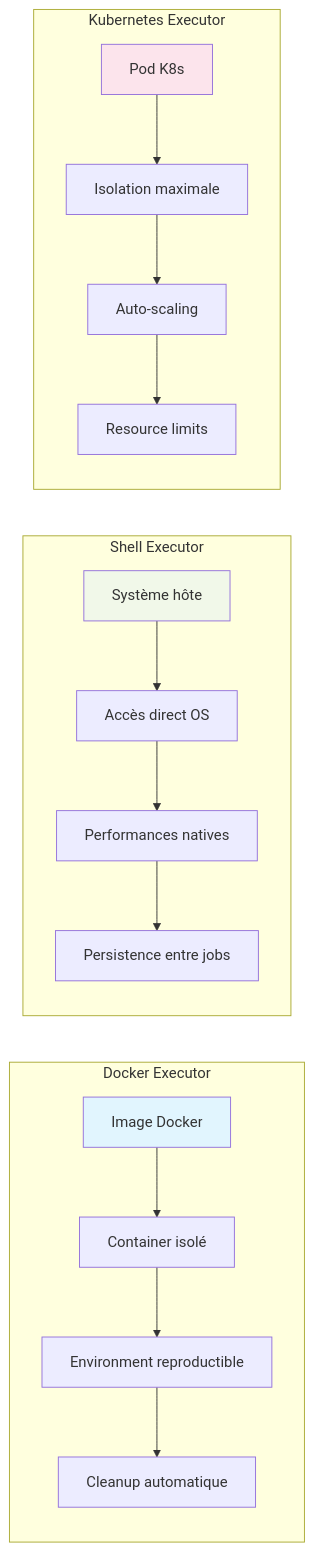
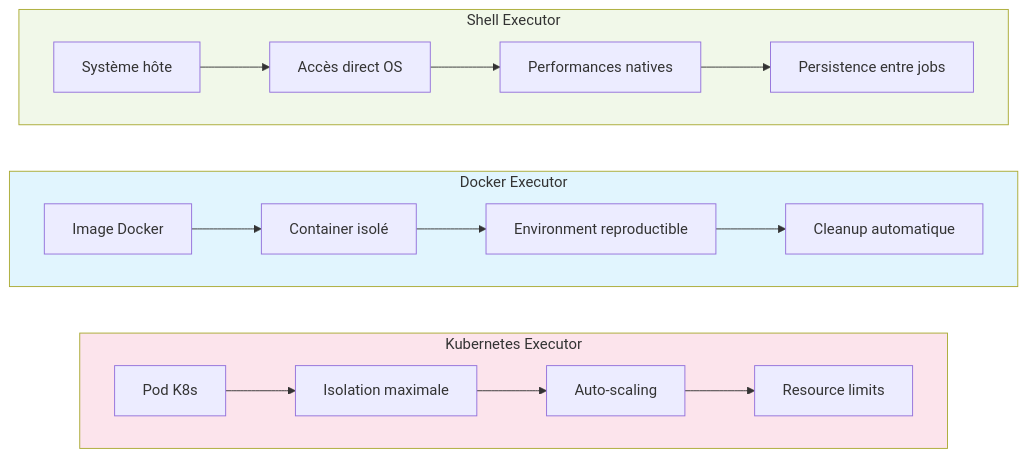
The fifth of 36 diagrams in Sprint2-Containerisation-CICD/Semaine-3-GitLab-CICD/cours/S2_S3_Seance1_introduction_gitlab_ci.md (hassanaym83/Formation_Devops), drawn with Mermaid before and after one commit. The commit also changed other lines of this file, not shown here.

````diff
--- a/Sprint2-Containerisation-CICD/Semaine-3-GitLab-CICD/cours/S2_S3_Seance1_introduction_gitlab_ci.md
+++ b/Sprint2-Containerisation-CICD/Semaine-3-GitLab-CICD/cours/S2_S3_Seance1_introduction_gitlab_ci.md
@@ -222,24 +222,28 @@
 ```mermaid
-graph LR
-    subgraph "Docker Executor"
+graph TD
+    subgraph S ["Shell Executor"]
+        B[Système hôte] --> B1[Accès direct OS]
+        B1 --> B2[Performances natives]
+        B2 --> B3[Persistence entre jobs]
+    end
+
+    subgraph D ["Docker Executor"]
         A[Image Docker] --> A1[Container isolé]
         A1 --> A2[Environment reproductible]
         A2 --> A3[Cleanup automatique]
     end
 
-    subgraph "Shell Executor"
-        B[Système hôte] --> B1[Accès direct OS]
-        B1 --> B2[Performances natives]
-        B2 --> B3[Persistence entre jobs]
-    end
-
-    subgraph "Kubernetes Executor"
+    subgraph K ["Kubernetes Executor"]
         C[Pod K8s] --> C1[Isolation maximale]
         C1 --> C2[Auto-scaling]
         C2 --> C3[Resource limits]
     end
 
-    style A fill:#e1f5fe
-    style B fill:#f1f8e9
-    style C fill:#fce4ec
+    %% Positionnement horizontal
+    S ~~~ D
+    D ~~~ K
+
+    style S fill:#f1f8e9
+    style D fill:#e1f5fe
+    style K fill:#fce4ec
 ```
````
